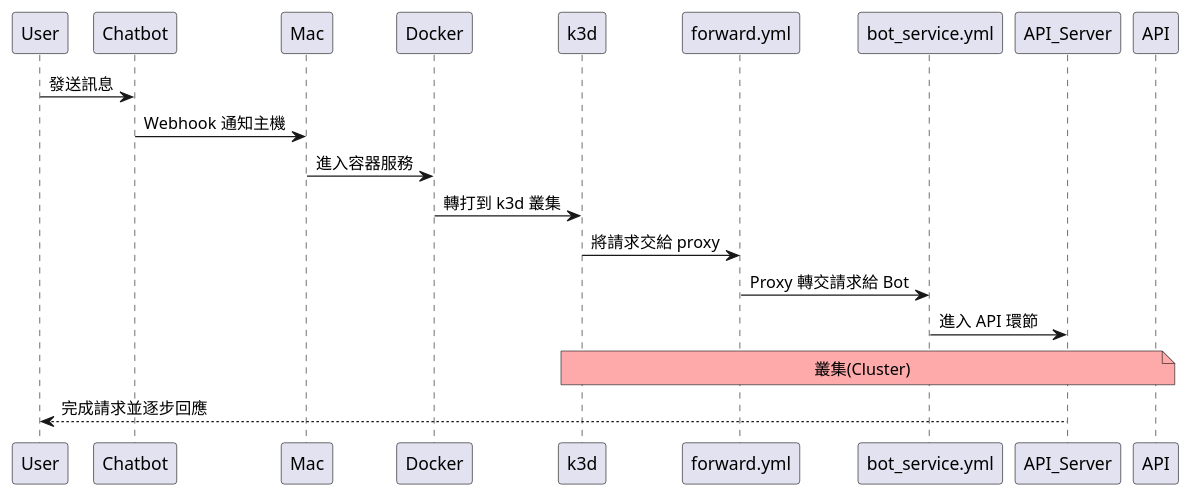
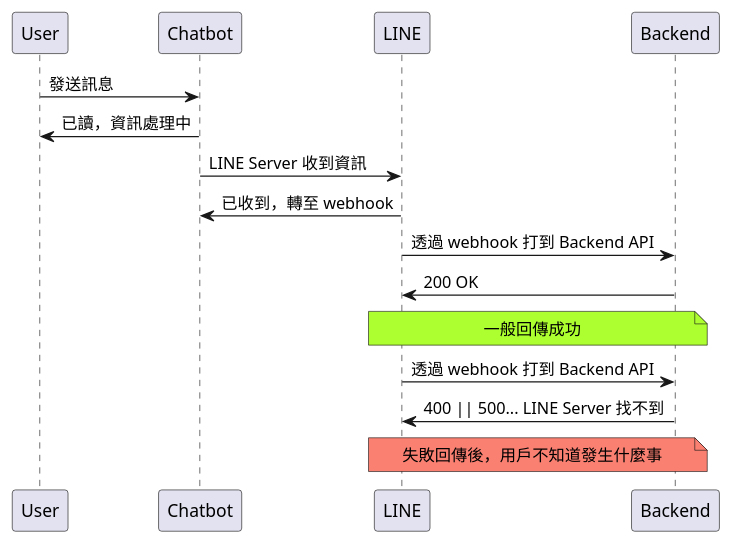
The diagram in source/diagrams/src/pleague.wsd (louis70109/nijia-blog-backup), drawn with PlantUML before and after one commit. The commit also changed 1 other file, not shown here.

```diff
--- a/source/diagrams/src/pleague.wsd
+++ b/source/diagrams/src/pleague.wsd
@@ -1,13 +1,17 @@
 @startuml
+
 User->Chatbot: 發送訊息
-Chatbot->Mac: Webhook 通知主機
-Mac->Docker: 進入容器服務
-Docker->k3d: 轉打到 k3d 叢集
+Chatbot->User: 已讀，資訊處理中
+Chatbot->LINE: LINE Server 收到資訊
+LINE->Chatbot: 已收到，轉至 webhook
+LINE->Backend: 透過 webhook 打到 Backend API
+Backend->LINE: 200 OK
+note over LINE, Backend #ADFF2F: 一般回傳成功
 
-k3d->forward.yml: 將請求交給 proxy
-forward.yml->bot_service.yml: Proxy 轉交請求給 Bot
-bot_service.yml->API_Server: 進入 API 環節
-note over k3d, API #FFAAAA: 叢集(Cluster)
 
-API_Server-->User: 完成請求並逐步回應
+LINE->Backend: 透過 webhook 打到 Backend API
+Backend->LINE: 400 || 500... LINE Server 找不到
+
+note over LINE, Backend #FA8072: 失敗回傳後，用戶不知道發生什麼事
+
 @enduml
```
